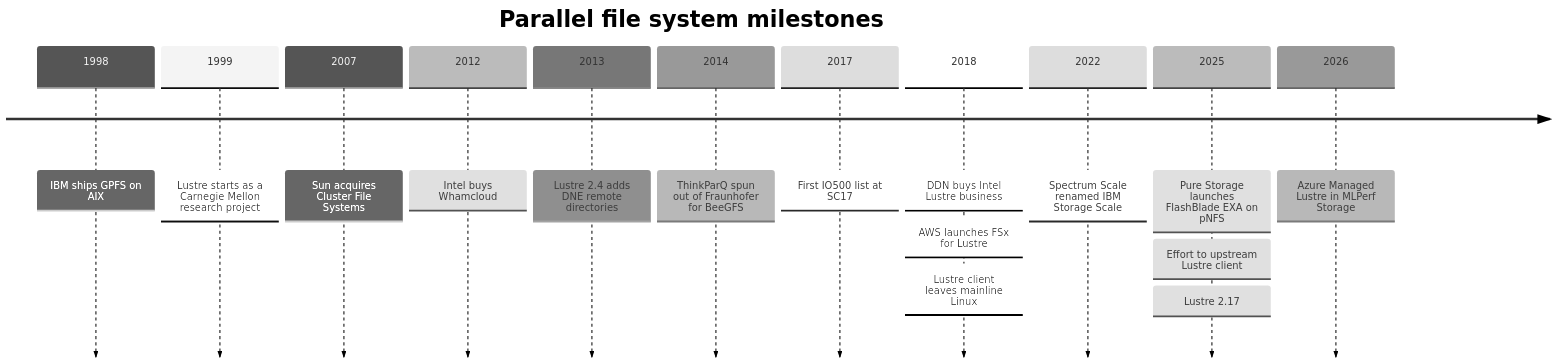
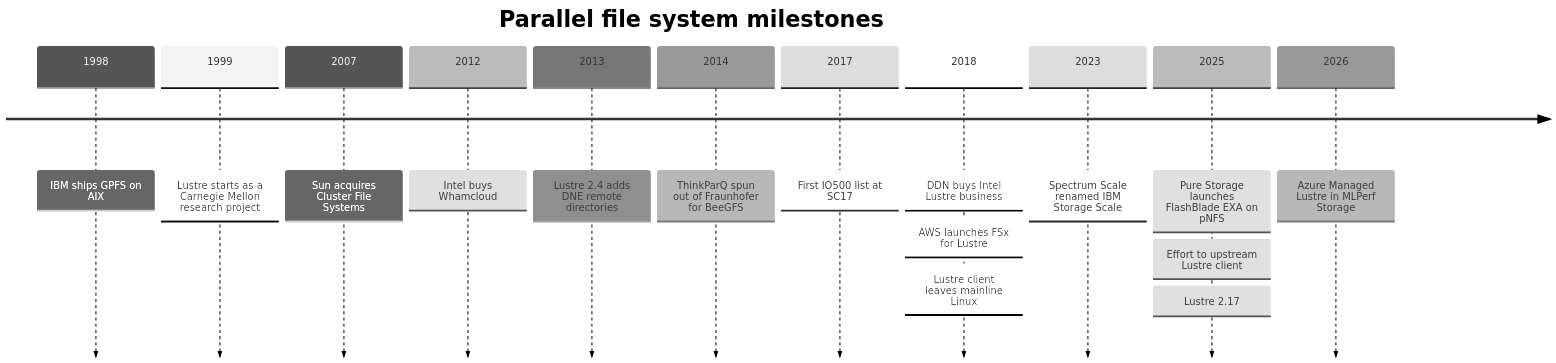
Before and after one commit to FrankHuang94/storage-_db_claude: the fourth of 4 diagrams in docs/03-system-architecture/17-parallel-file-systems.md, drawn with Mermaid (neutral theme). The commit also changed other lines of this file and 20 other files, not shown here.

````diff
--- a/docs/03-system-architecture/17-parallel-file-systems.md
+++ b/docs/03-system-architecture/17-parallel-file-systems.md
@@ -183,15 +183,15 @@
 ```mermaid
 timeline
     title Parallel file system milestones
     1998 : IBM ships GPFS on AIX
     1999 : Lustre starts as a Carnegie Mellon research project
     2007 : Sun acquires Cluster File Systems
     2012 : Intel buys Whamcloud
     2013 : Lustre 2.4 adds DNE remote directories
     2014 : ThinkParQ spun out of Fraunhofer for BeeGFS
     2017 : First IO500 list at SC17
     2018 : DDN buys Intel Lustre business : AWS launches FSx for Lustre : Lustre client leaves mainline Linux
-    2022 : Spectrum Scale renamed IBM Storage Scale
+    2023 : Spectrum Scale renamed IBM Storage Scale
     2025 : Pure Storage launches FlashBlade EXA on pNFS : Effort to upstream Lustre client : Lustre 2.17
     2026 : Azure Managed Lustre in MLPerf Storage
 ```
````
